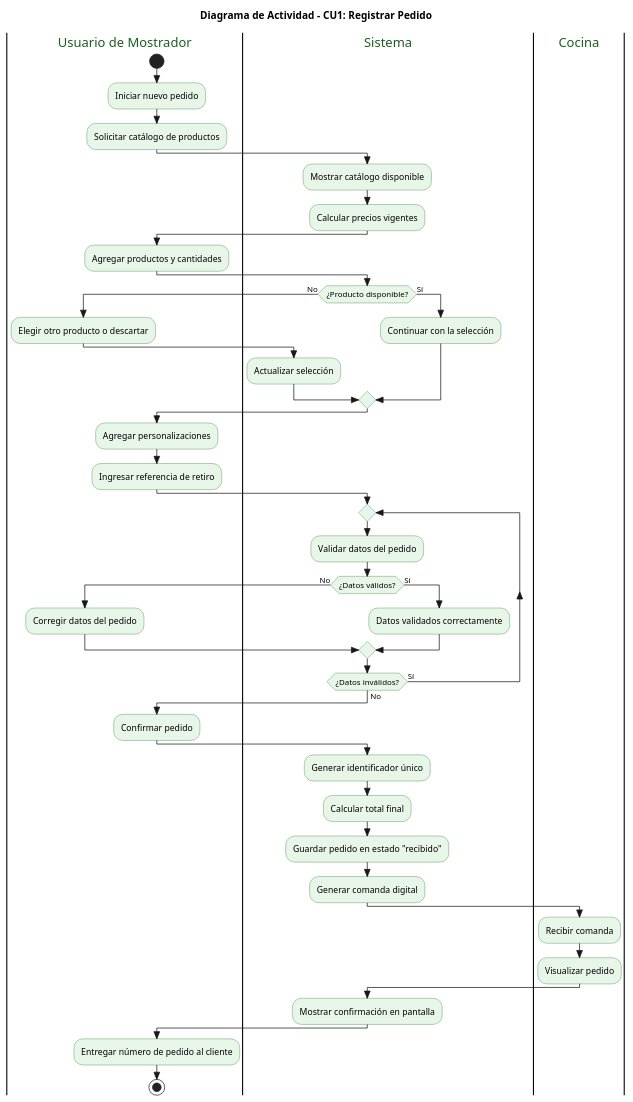
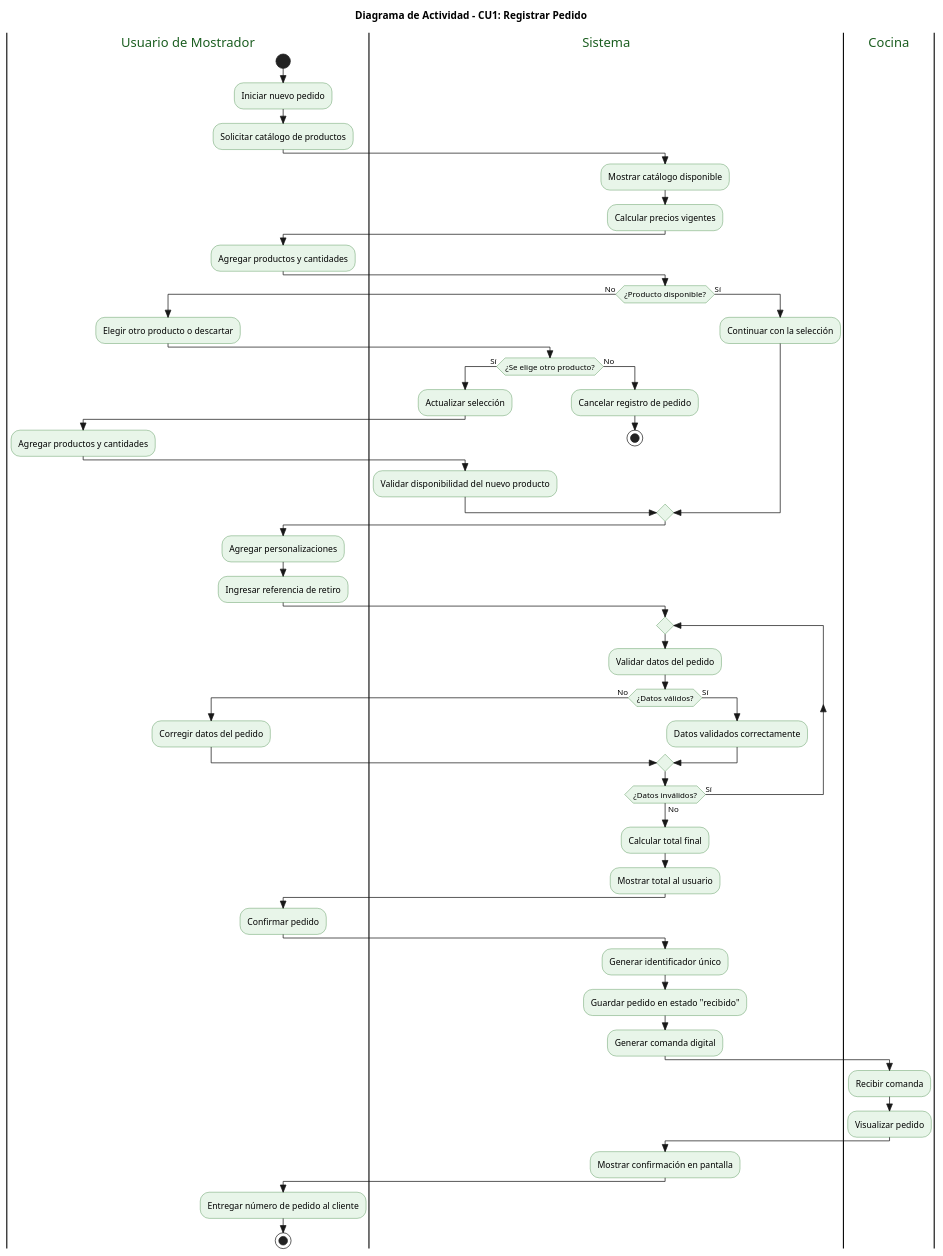
Before and after one commit to lucasmengarelli3/SistemaPedidos: the diagram in diagramas/04-diagramas-actividades/04-actividad-registrar-pedido-01.puml, drawn with PlantUML. The commit also changed 5 other files, not shown here.

Commit message:
fix: corrige changelog, diagramas y doc de IA segun revision final

```diff
--- a/diagramas/04-diagramas-actividades/04-actividad-registrar-pedido-01.puml
+++ b/diagramas/04-diagramas-actividades/04-actividad-registrar-pedido-01.puml
@@ -1,67 +1,81 @@
 @startuml
 skinparam style strictuml
 skinparam ActivityBackgroundColor #E8F5E9
 skinparam ActivityBorderColor #2E7D32
 skinparam SwimlaneTitleFontColor #1B5E20
 
 title Diagrama de Actividad - CU1: Registrar Pedido
 
 |Usuario de Mostrador|
 start
 :Iniciar nuevo pedido;
 :Solicitar catálogo de productos;
 
 |Sistema|
 :Mostrar catálogo disponible;
 :Calcular precios vigentes;
 
 |Usuario de Mostrador|
 :Agregar productos y cantidades;
 
 |Sistema|
 if (¿Producto disponible?) then (No)
   |Usuario de Mostrador|
   :Elegir otro producto o descartar;
   |Sistema|
-  :Actualizar selección;
+  if (¿Se elige otro producto?) then (Sí)
+    |Sistema|
+    :Actualizar selección;
+    |Usuario de Mostrador|
+    :Agregar productos y cantidades;
+    |Sistema|
+    :Validar disponibilidad del nuevo producto;
+  else (No)
+    |Sistema|
+    :Cancelar registro de pedido;
+    stop
+  endif
 else (Sí)
   |Sistema|
   :Continuar con la selección;
 endif
 
 |Usuario de Mostrador|
 :Agregar personalizaciones;
 :Ingresar referencia de retiro;
 
 |Sistema|
 repeat
   :Validar datos del pedido;
   if (¿Datos válidos?) then (No)
     |Usuario de Mostrador|
     :Corregir datos del pedido;
   else (Sí)
     |Sistema|
     :Datos validados correctamente;
   endif
 repeat while (¿Datos inválidos?) is (Sí) not (No)
 
+|Sistema|
+:Calcular total final;
+:Mostrar total al usuario;
+
 |Usuario de Mostrador|
 :Confirmar pedido;
 
 |Sistema|
 :Generar identificador único;
-:Calcular total final;
 :Guardar pedido en estado "recibido";
 :Generar comanda digital;
 
 |Cocina|
 :Recibir comanda;
 :Visualizar pedido;
 
 |Sistema|
 :Mostrar confirmación en pantalla;
 
 |Usuario de Mostrador|
 :Entregar número de pedido al cliente;
 stop
 @enduml
```
